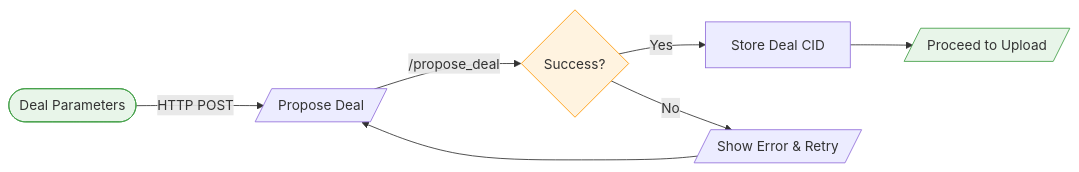
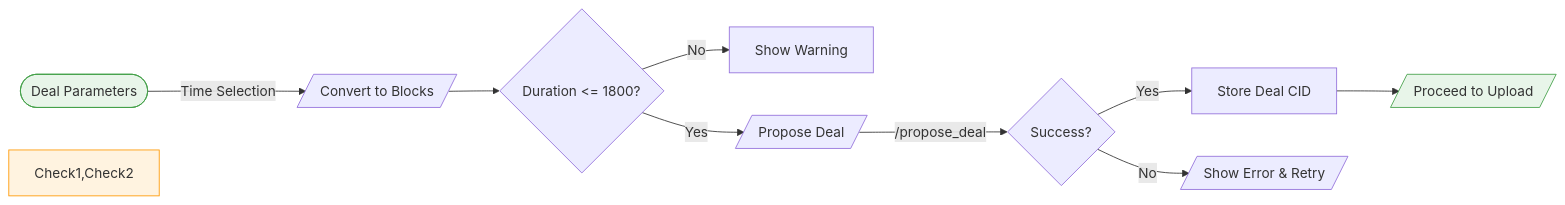
The third of 5 diagrams in README.md (eigerco/delia), drawn with Mermaid before and after one commit. The commit also changed other lines of this file, not shown here.

````diff
--- a/README.md
+++ b/README.md
@@ -38,13 +57,14 @@
 ```mermaid
 flowchart LR
-    Start([Deal Parameters]) -->|HTTP POST| Propose[/Propose Deal/]
-    Propose -->|/propose_deal| Check{Success?}
-    Check -->|Yes| CID[Store Deal CID]
+    Start([Deal Parameters]) -->|Time Selection| Convert[/Convert to Blocks/]
+    Convert --> Check1{Duration <= 1800?}
+    Check1 -->|No| Warning[Show Warning]
+    Check1 -->|Yes| Propose[/Propose Deal/]
+    Propose -->|/propose_deal| Check2{Success?}
+    Check2 -->|Yes| CID[Store Deal CID]
     CID --> Next[/Proceed to Upload/]
-    Check -->|No| Retry[/Show Error & Retry/]
-    Retry --> Propose
-
+    Check2 -->|No| Retry[/Show Error & Retry/]
     style Start fill:#e8f5e9,stroke:#43a047
     style Next fill:#e8f5e9,stroke:#43a047
-    style Check fill:#fff3e0,stroke:#ff9800
+    style Check1,Check2 fill:#fff3e0,stroke:#ff9800
 ```
````
